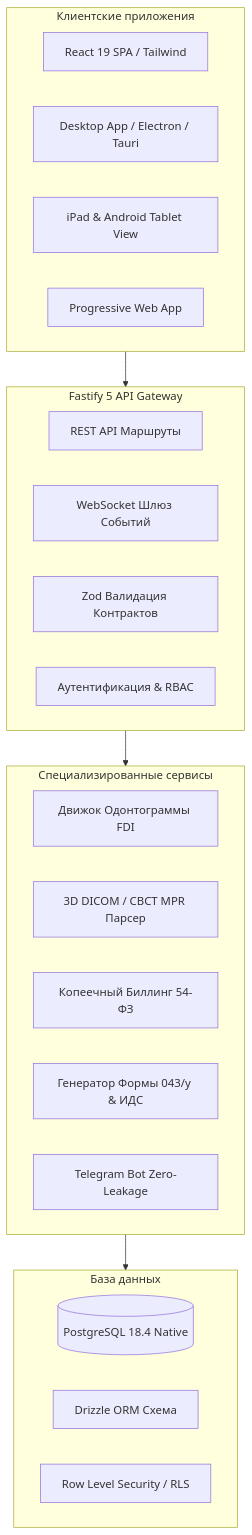
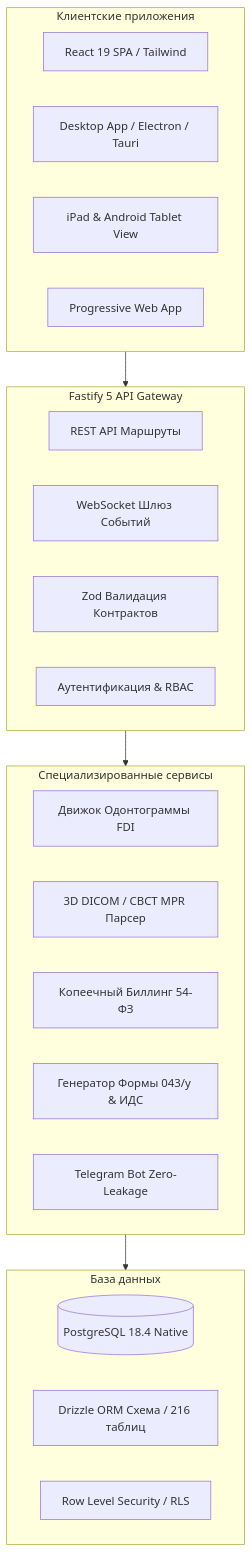
The diagram in README.md (marko1olo/dental-crm), drawn with Mermaid before and after one commit. The commit also changed 58 other files, not shown here.

````diff
--- a/README.md
+++ b/README.md
@@ -212,34 +212,34 @@
 ```mermaid
 graph TD
     subgraph Frontend_Clients ["Клиентские приложения"]
         A[React 19 SPA / Tailwind]
         B[Desktop App / Electron / Tauri]
         C[iPad & Android Tablet View]
         D[Progressive Web App]
     end
 
     subgraph API_Gateway ["Fastify 5 API Gateway"]
         E[REST API Маршруты]
         F[WebSocket Шлюз Событий]
         G[Zod Валидация Контрактов]
         H[Аутентификация & RBAC]
     end
 
     subgraph Core_Services ["Специализированные сервисы"]
         I[Движок Одонтограммы FDI]
         J[3D DICOM / CBCT MPR Парсер]
         K[Копеечный Биллинг 54-ФЗ]
         L[Генератор Формы 043/у & ИДС]
         M[Telegram Bot Zero-Leakage]
     end
 
     subgraph Database_Layer ["База данных"]
         N[(PostgreSQL 18.4 Native)]
-        O[Drizzle ORM Схема]
+        O[Drizzle ORM Схема / 216 таблиц]
         P[Row Level Security / RLS]
     end
 
     Frontend_Clients --> API_Gateway
     API_Gateway --> Core_Services
     Core_Services --> Database_Layer
 ```
````
